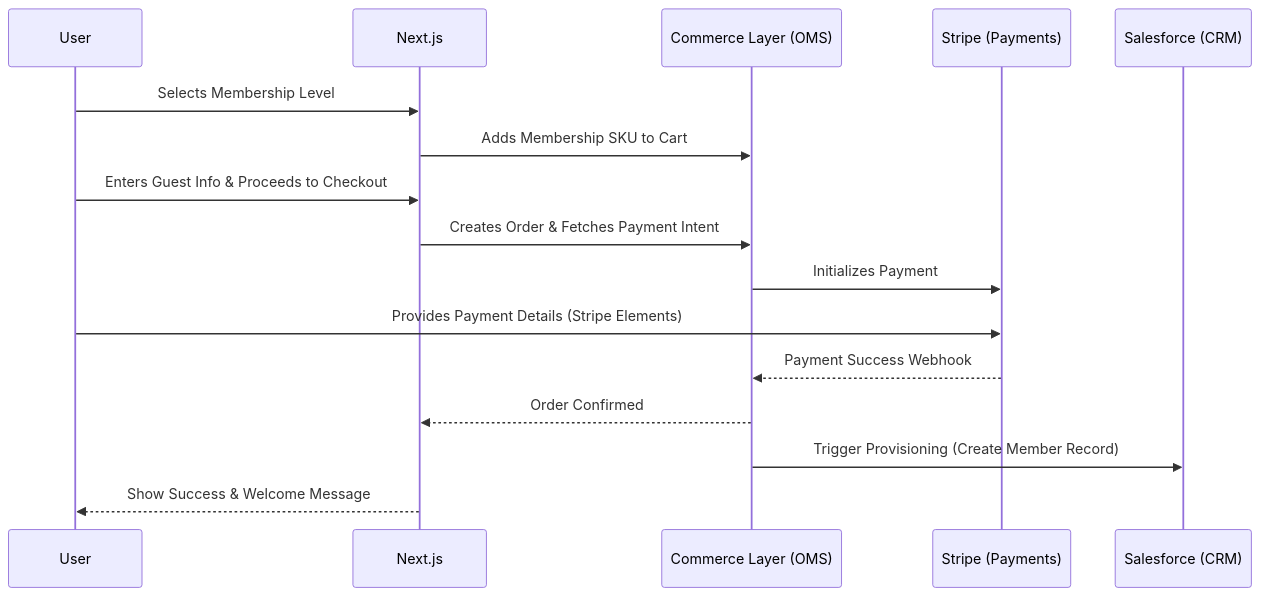
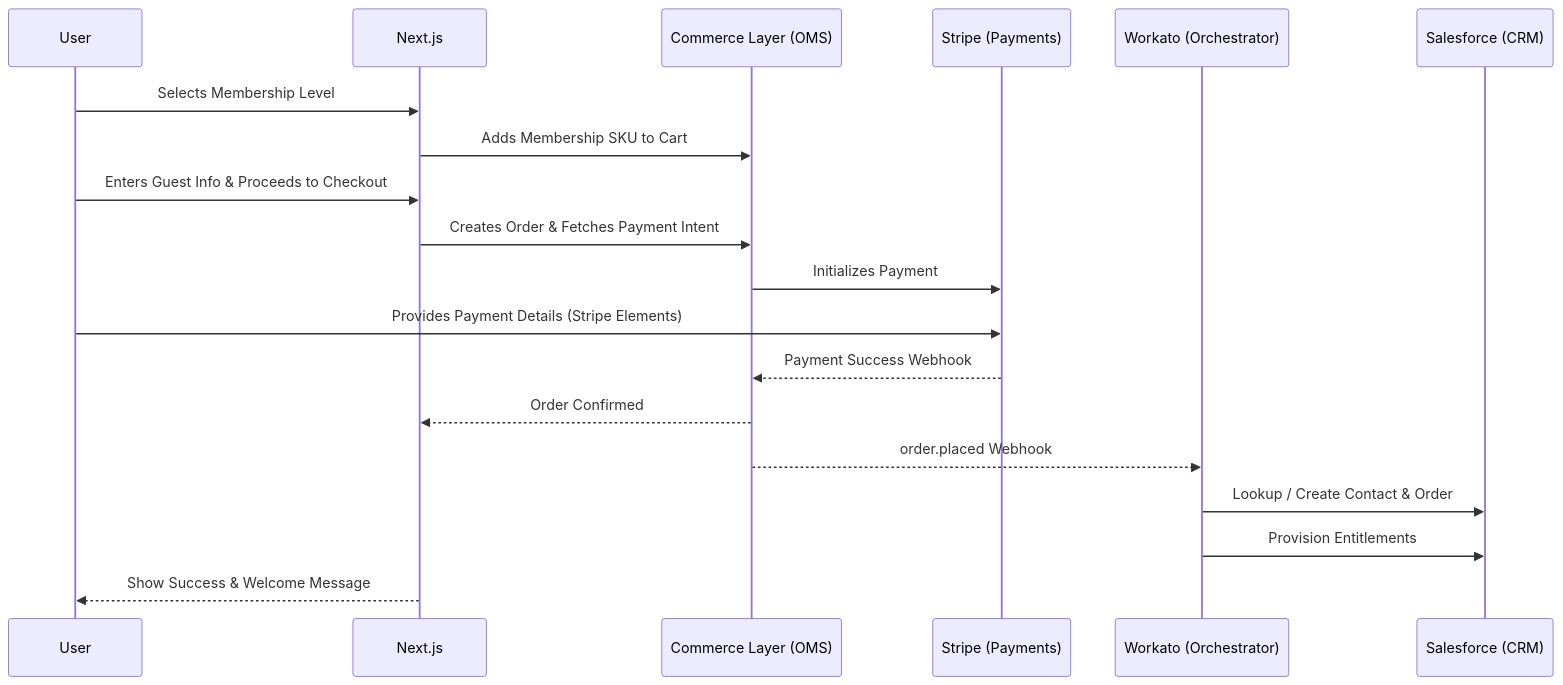
One commit to timbowdeniona/bsava-com changed the fourth of 7 diagrams in BSAVA_MACH_ARCHITECTURE_DIAGRAM.md. Above: the diagram before and after it, drawn with Mermaid. The commit also changed other lines of this file, not shown here.

Commit message:
docs: Integrate Workato orchestrations into architecture diagram and user journeys

````diff
--- a/BSAVA_MACH_ARCHITECTURE_DIAGRAM.md
+++ b/BSAVA_MACH_ARCHITECTURE_DIAGRAM.md
@@ -181,19 +199,22 @@
 ```mermaid
 sequenceDiagram
     participant U as User
     participant N as Next.js
     participant CL as Commerce Layer (OMS)
     participant S as Stripe (Payments)
+    participant W as Workato (Orchestrator)
     participant SF as Salesforce (CRM)
 
     U->>N: Selects Membership Level
     N->>CL: Adds Membership SKU to Cart
     U->>N: Enters Guest Info & Proceeds to Checkout
     N->>CL: Creates Order & Fetches Payment Intent
     CL->>S: Initializes Payment
     U->>S: Provides Payment Details (Stripe Elements)
     S-->>CL: Payment Success Webhook
     CL-->>N: Order Confirmed
-    CL->>SF: Trigger Provisioning (Create Member Record)
+    CL-->>W: order.placed Webhook
+    W->>SF: Lookup / Create Contact & Order
+    W->>SF: Provision Entitlements
     N-->>U: Show Success & Welcome Message
 ```
````
